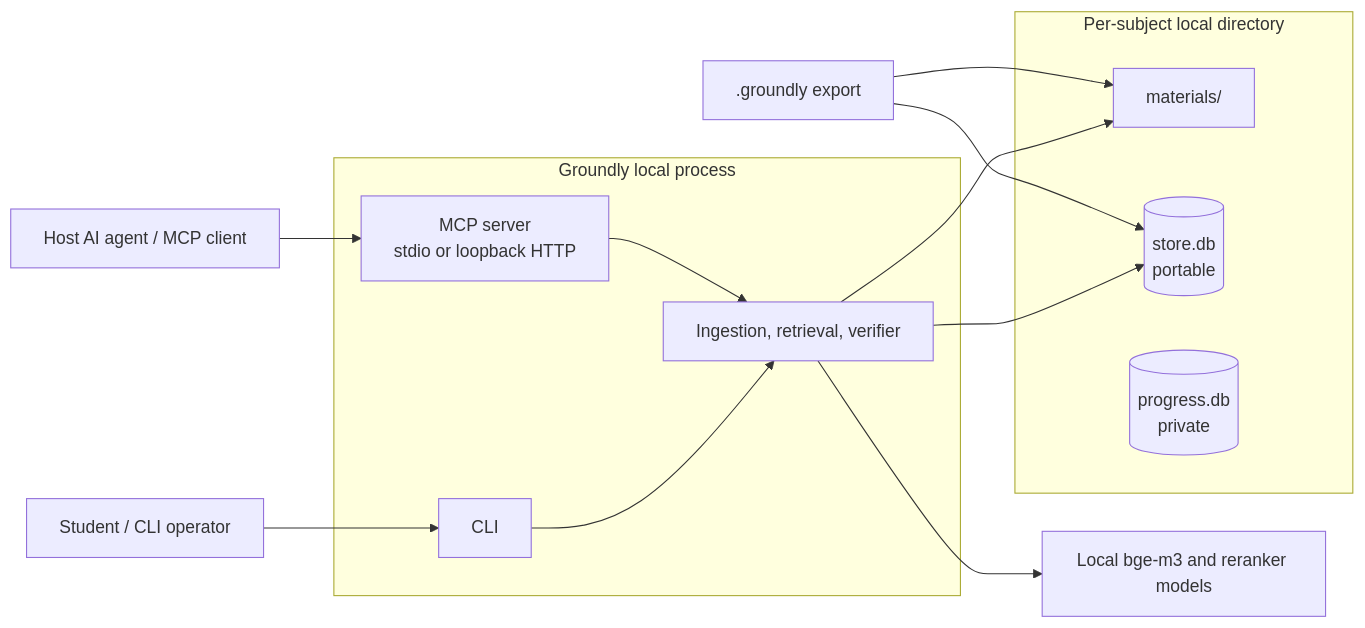
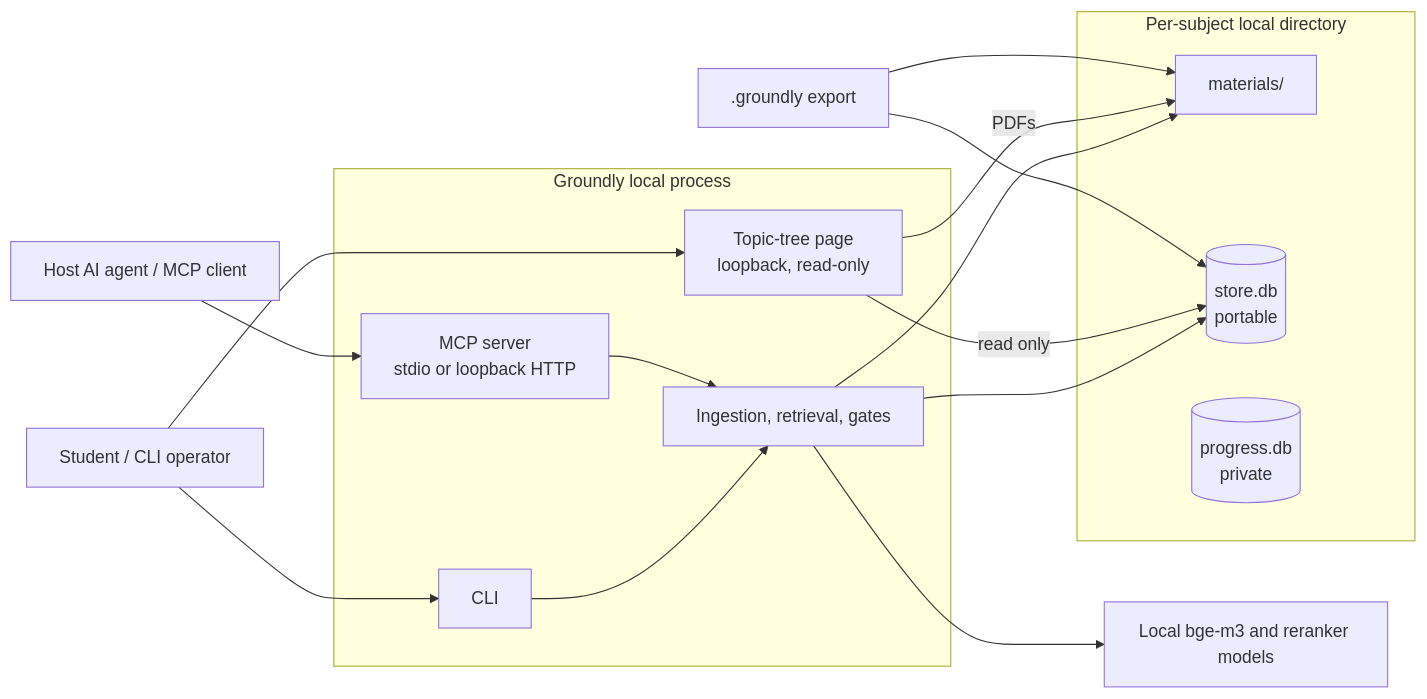
One commit to paulhondola/groundly changed the diagram in docs/architecture/overview.md. Above: the diagram before and after it, drawn with Mermaid. The commit also changed other lines of this file and 13 other files, not shown here.

First line of the commit message:
docs: record the topic tree decision and its acceptance criteria

````diff
--- a/docs/architecture/overview.md
+++ b/docs/architecture/overview.md
@@ -31,28 +32,32 @@
 ```mermaid
 flowchart LR
     student[Student / CLI operator]
     host[Host AI agent / MCP client]
     models[Local bge-m3 and reranker models]
 
     subgraph Groundly[Groundly local process]
         cli[CLI]
         mcp[MCP server\nstdio or loopback HTTP]
-        services[Ingestion, retrieval, verifier]
+        web[Topic-tree page\nloopback, read-only]
+        services[Ingestion, retrieval, gates]
         cli --> services
         mcp --> services
     end
 
     subgraph Subject[Per-subject local directory]
         materials[materials/]
         store[(store.db\nportable)]
         progress[(progress.db\nprivate)]
     end
 
     student --> cli
+    student --> web
     host --> mcp
     services --> materials
     services --> store
+    web -->|read only| store
+    web -->|PDFs| materials
     services --> models
     bundle[.groundly export] --> store
     bundle --> materials
 ```
````
